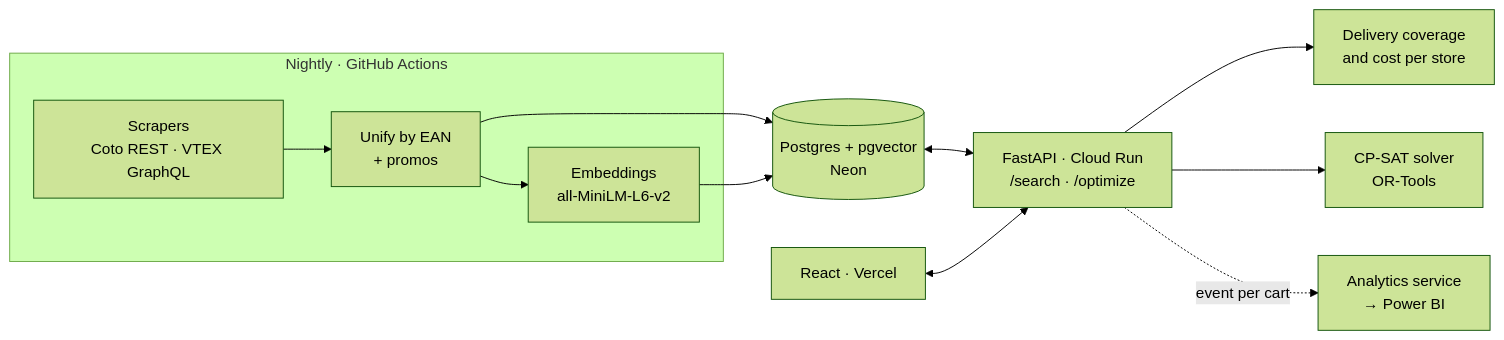
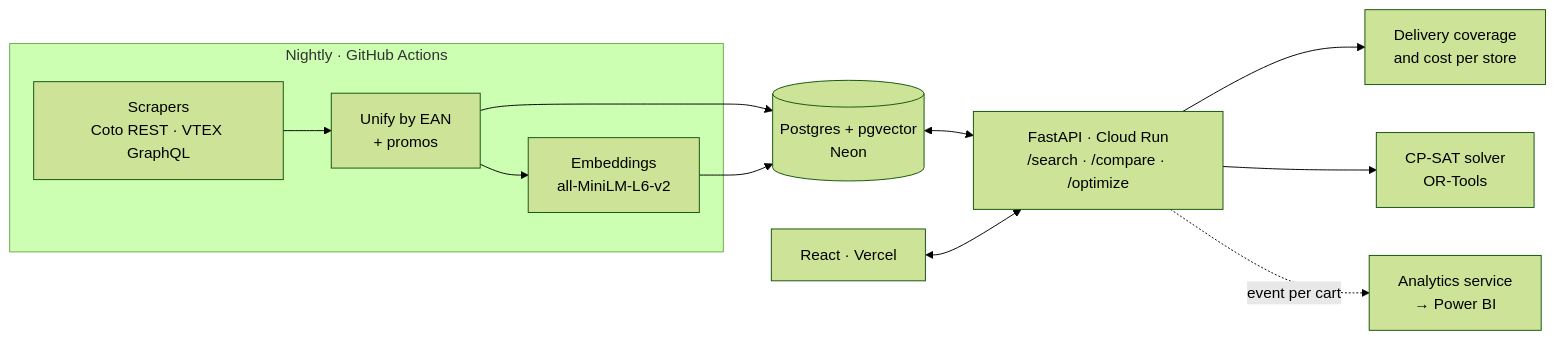
One commit to aviollaz/SmartCart changed the diagram in README.md. Above: the diagram before and after it, drawn with Mermaid (forest theme). The commit also changed other lines of this file, not shown here.

````diff
--- a/README.md
+++ b/README.md
@@ -27,14 +29,14 @@
 ```mermaid
 flowchart LR
     subgraph Nightly["Nightly · GitHub Actions"]
         S[Scrapers<br/>Coto REST · VTEX GraphQL] --> U[Unify by EAN<br/>+ promos]
         U --> E[Embeddings<br/>all-MiniLM-L6-v2]
     end
     U --> DB[(Postgres + pgvector<br/>Neon)]
     E --> DB
-    DB <--> API[FastAPI · Cloud Run<br/>/search · /optimize]
+    DB <--> API[FastAPI · Cloud Run<br/>/search · /compare · /optimize]
     API --> L[Delivery coverage<br/>and cost per store]
     API --> O[CP-SAT solver<br/>OR-Tools]
     FE[React · Vercel] <--> API
     API -. event per cart .-> AN[Analytics service<br/>→ Power BI]
 ```
````
